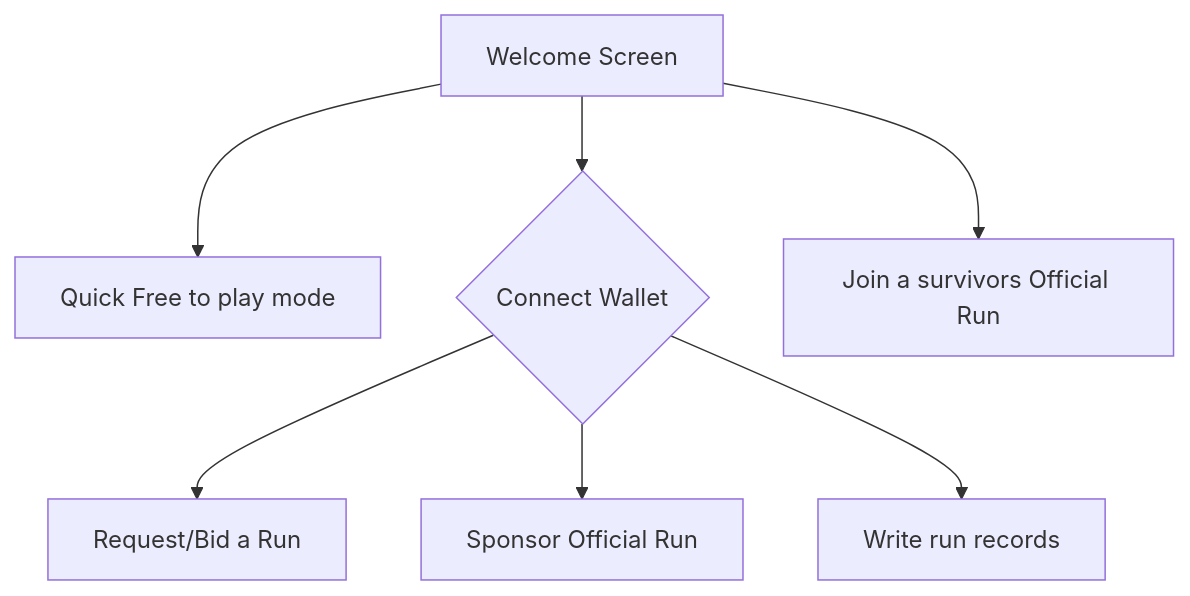
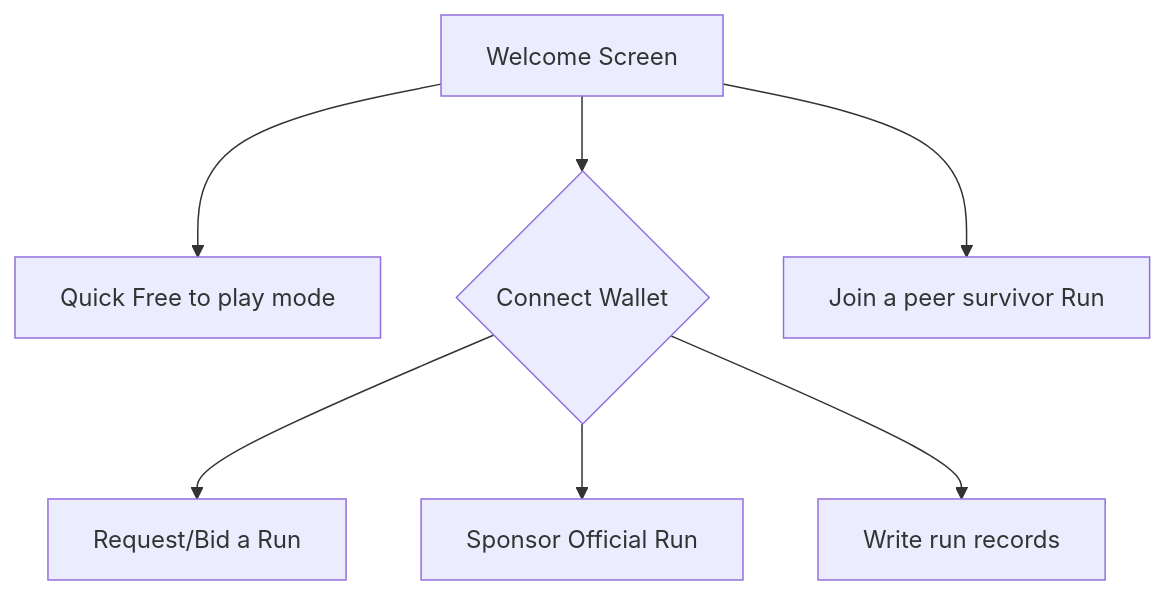
The first of 3 diagrams in README.md (OnChainSurvivor/OnChainSurvivor), drawn with Mermaid before and after one commit. The commit also changed other lines of this file, not shown here.

````diff
--- a/README.md
+++ b/README.md
@@ -44,9 +61,9 @@
 ```mermaid
 graph TD
 A[Welcome Screen] -->B[Quick Free to play mode]
 A[Welcome Screen] --> D{Connect Wallet}
-A --> C[Join a survivors Official Run]
+A --> C[Join a peer survivor Run]
 D --> E[Request/Bid  a Run]
 D --> z[Sponsor Official Run]
 D --> G[Write run records]
 ```
````
